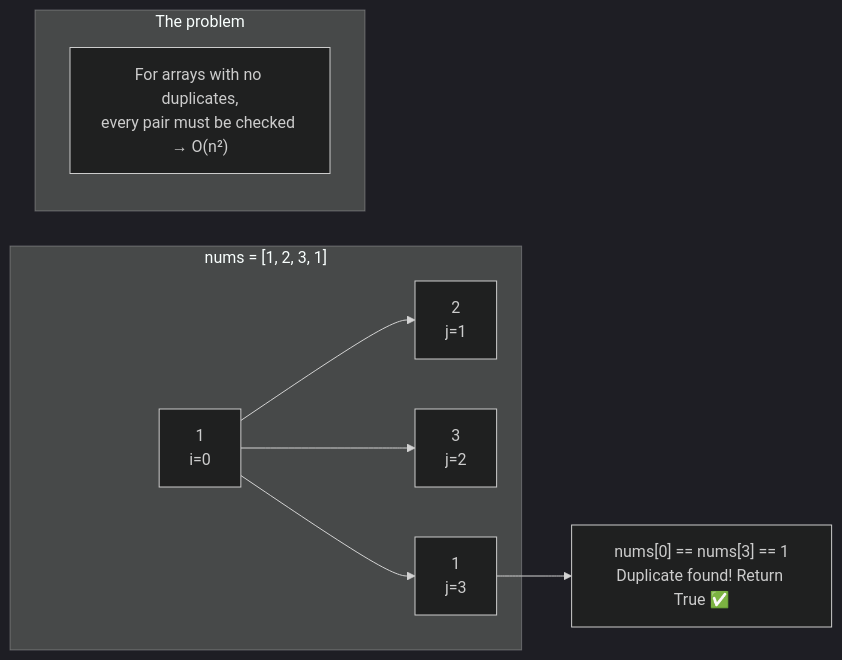
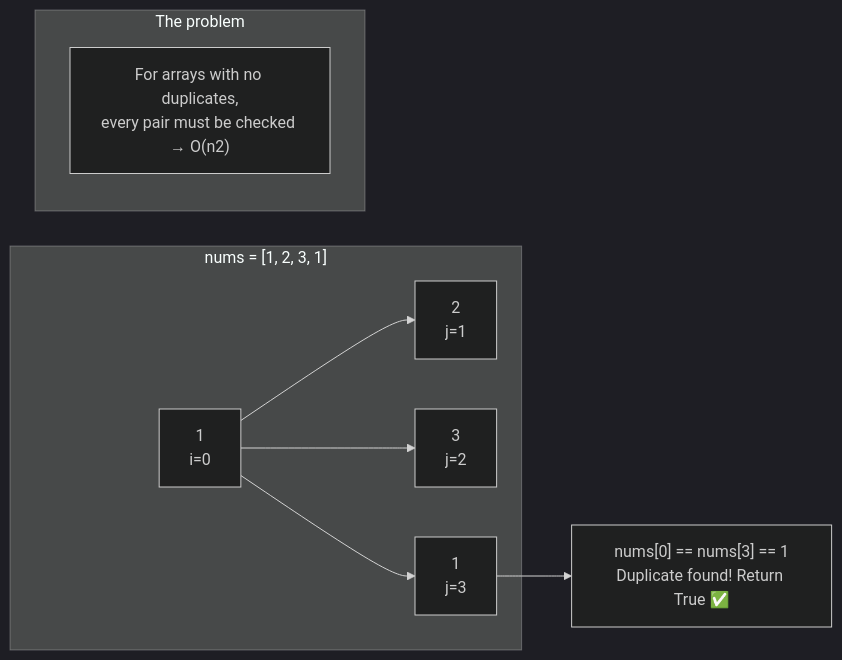
One commit to M-F-Tushar/LeetCode-Problem-Solving changed the fifth of 13 diagrams in 02 - Contains Duplicate/README.md. Above: the diagram before and after it, drawn with Mermaid (dark theme). The commit also changed other lines of this file and 6 other files, not shown here.

Commit message:
fix diagram rendering

````diff
--- a/02 - Contains Duplicate/README.md
+++ b/02 - Contains Duplicate/README.md
@@ -116,20 +116,20 @@
 ```mermaid
 flowchart LR
     subgraph Array["nums = [1, 2, 3, 1]"]
         N0["1\ni=0"]
         N1["2\nj=1"]
         N2["3\nj=2"]
         N3["1\nj=3"]
     end
 
     N0 --> N1
     N0 --> N2
     N0 --> N3
 
     N3 --> Found["nums[0] == nums[3] == 1\nDuplicate found! Return True ✅"]
 
     subgraph Issue["The problem"]
-        P["For arrays with no duplicates,\nevery pair must be checked → O(n²)"]
+        P["For arrays with no duplicates,\nevery pair must be checked → O(n2)"]
     end
 
 ```
````
